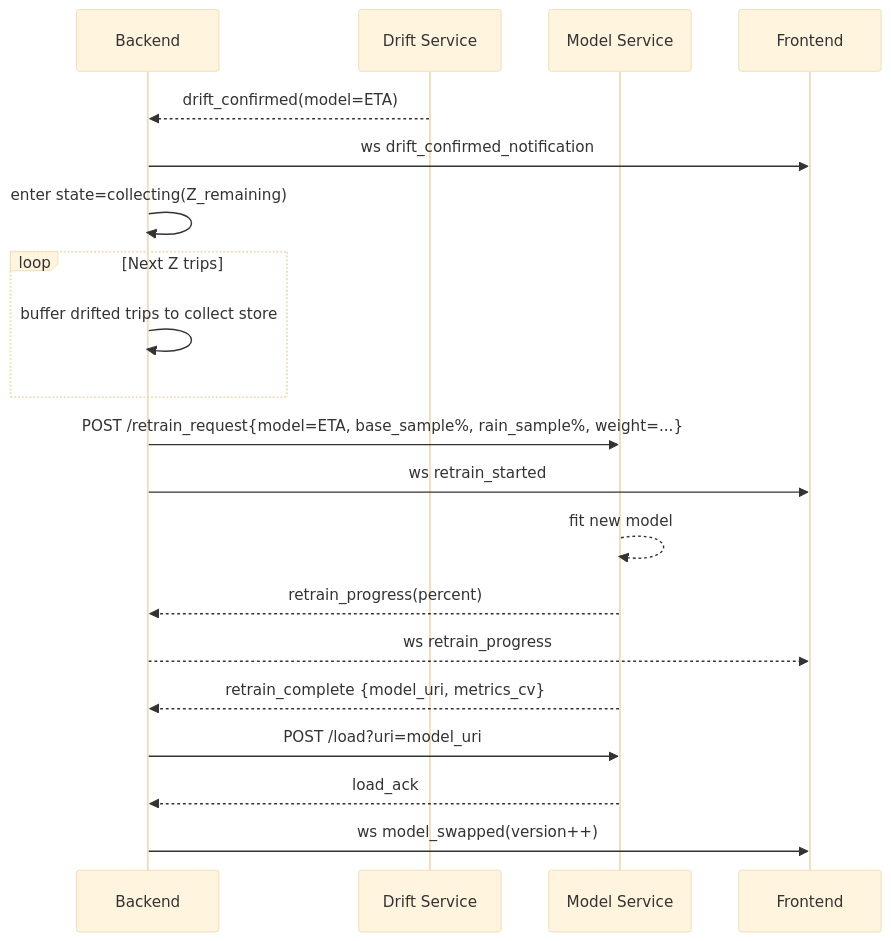
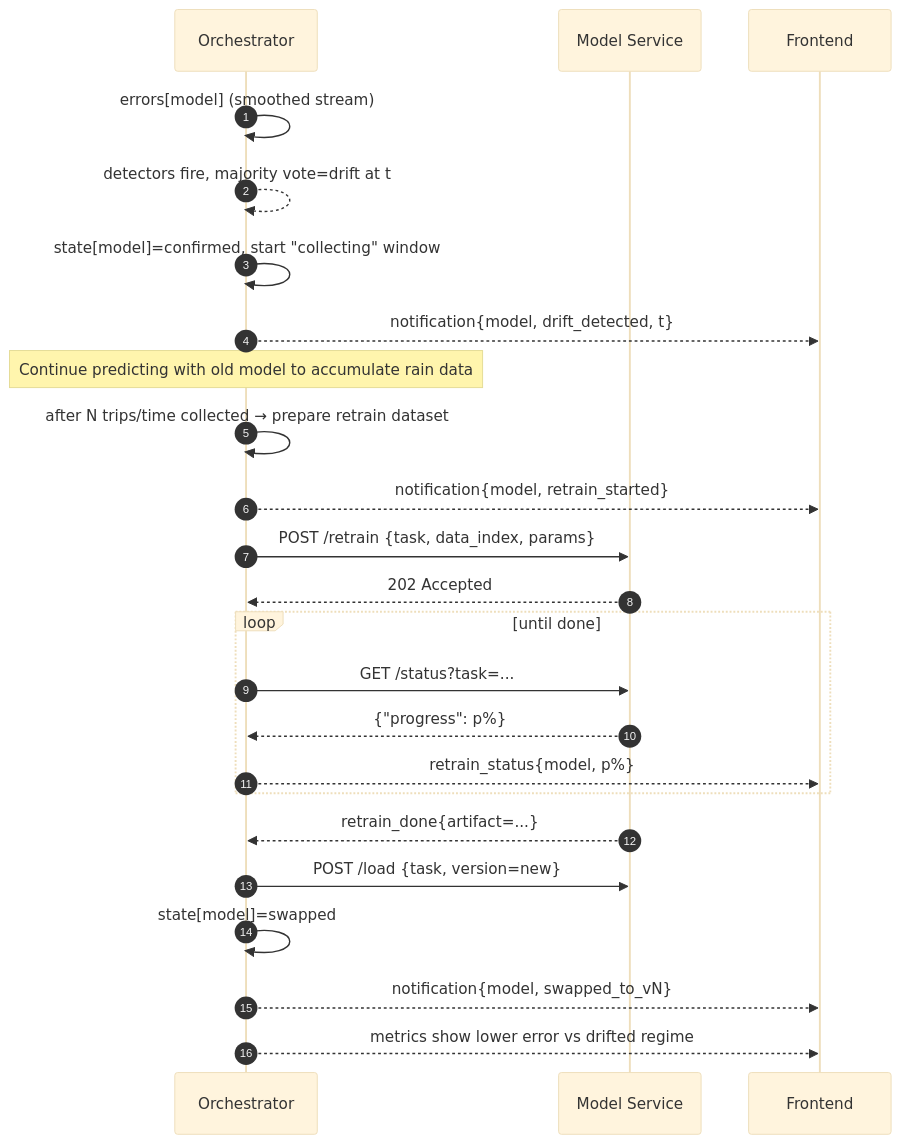
One commit to geokyr/diploma-thesis changed the third of 4 diagrams in platform.md. Above: the diagram before and after it, drawn with Mermaid (base theme). The commit also changed other lines of this file, not shown here.

Commit message:
updated platform architecture

````diff
--- a/platform.md
+++ b/platform.md
@@ -102,23 +71,29 @@
 ```mermaid
 sequenceDiagram
-    participant BE as Backend
-    participant DR as Drift Service
-    participant MO as Model Service
-    participant UI as Frontend
+  autonumber
+  participant ORCH as Orchestrator
+  participant MS as Model Service
+  participant UI as Frontend
 
-    DR-->>BE: drift_confirmed(model=ETA)
-    BE->>UI: ws drift_confirmed_notification
-    BE->>BE: enter state=collecting(Z_remaining)
-    loop Next Z trips
-        BE->>BE: buffer drifted trips to collect store
-    end
-    BE->>MO: POST /retrain_request{model=ETA, base_sample%, rain_sample%, weight=...}
-    BE->>UI: ws retrain_started
-    MO-->>MO: fit new model
-    MO-->>BE: retrain_progress(percent)
-    BE-->>UI: ws retrain_progress
-    MO-->>BE: retrain_complete {model_uri, metrics_cv}
-    BE->>MO: POST /load?uri=model_uri
-    MO-->>BE: load_ack
-    BE->>UI: ws model_swapped(version++)
+  ORCH->>ORCH: errors[model] (smoothed stream)
+  ORCH-->>ORCH: detectors fire, majority vote=drift at t
+  ORCH->>ORCH: state[model]=confirmed, start "collecting" window
+  ORCH-->>UI: notification{model, drift_detected, t}
+
+  Note over ORCH: Continue predicting with old model to accumulate rain data
+
+  ORCH->>ORCH: after N trips/time collected → prepare retrain dataset
+  ORCH-->>UI: notification{model, retrain_started}
+  ORCH->>MS: POST /retrain {task, data_index, params}
+  MS-->>ORCH: 202 Accepted
+  loop until done
+    ORCH->>MS: GET /status?task=...
+    MS-->>ORCH: {"progress": p%}
+    ORCH-->>UI: retrain_status{model, p%}
+  end
+  MS-->>ORCH: retrain_done{artifact=...}
+  ORCH->>MS: POST /load {task, version=new}
+  ORCH->>ORCH: state[model]=swapped
+  ORCH-->>UI: notification{model, swapped_to_vN}
+  ORCH-->>UI: metrics show lower error vs drifted regime
 ```
````
